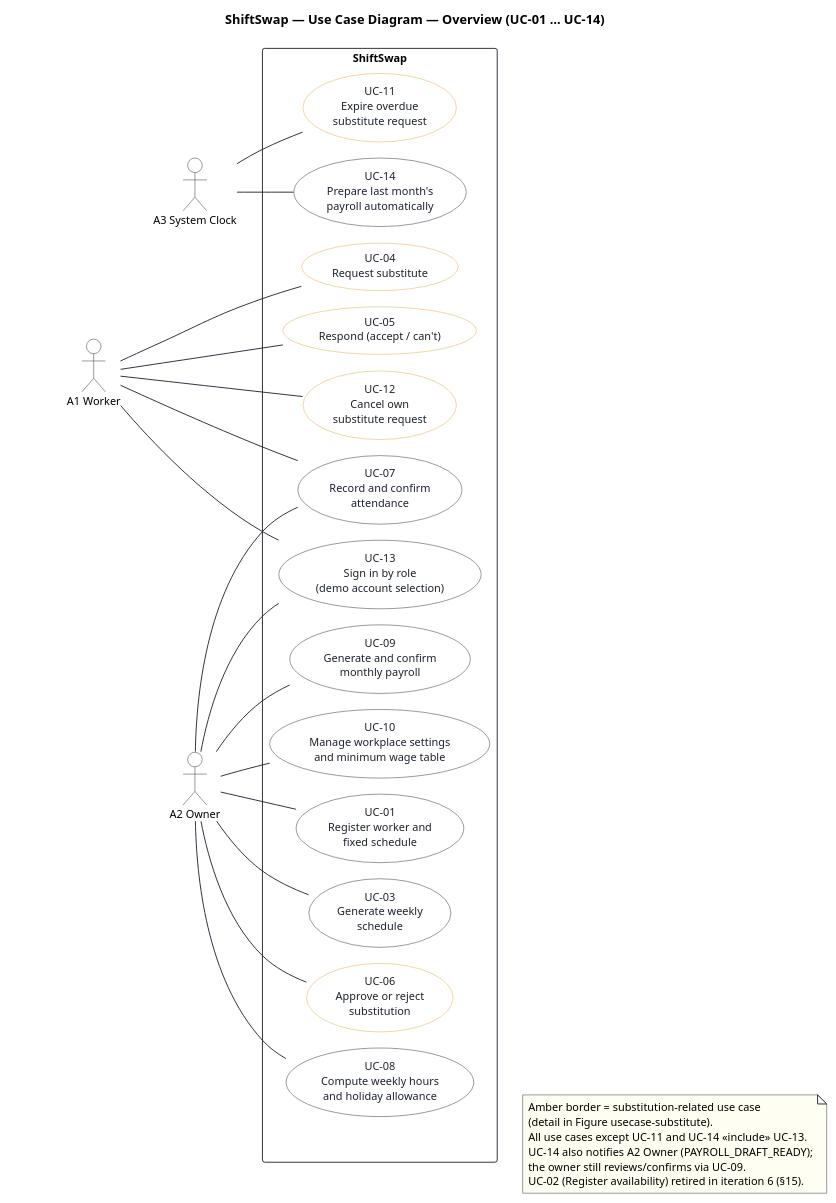
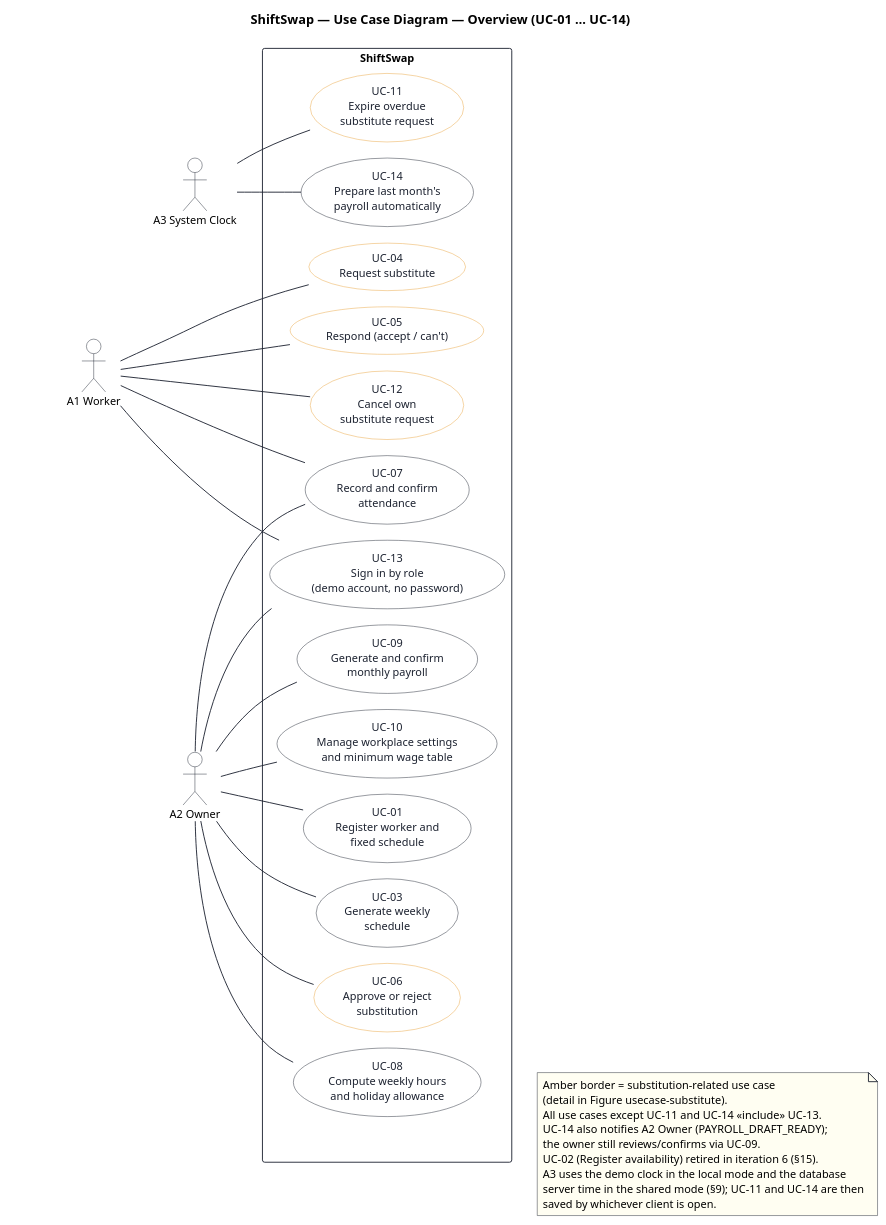
The diagram in uml/src/usecase.puml (keemlogan/shiftswap), drawn with PlantUML before and after one commit. The commit also changed 64 other files, not shown here.

First line of the commit message:
UML and screenshots for iteration 8; S10 check of the BR-15 warning

```diff
--- a/uml/src/usecase.puml
+++ b/uml/src/usecase.puml
@@ -1,101 +1,104 @@
 @startuml usecase
 !pragma layout smetana
 skinparam defaultFontName "Helvetica"
 skinparam defaultFontSize 12
 skinparam shadowing false
 skinparam backgroundColor #FFFFFF
 skinparam ArrowColor #1C2230
 hide stereotype
 skinparam usecase {
   BackgroundColor #FFFFFF
   BorderColor #1C2230
   FontColor #1C2230
 }
 skinparam usecase<<amber>> {
   BackgroundColor #FFFFFF
   BorderColor #E9A23B
   FontColor #1C2230
 }
 skinparam actor {
   BorderColor #1C2230
   BackgroundColor #FFFFFF
 }
 skinparam rectangle {
   BorderColor #1C2230
   BackgroundColor #FFFFFF
 }
 skinparam note {
   BackgroundColor #FFFEF2
   BorderColor #1C2230
 }
 
 left to right direction
 
 title ShiftSwap — Use Case Diagram — Overview (UC-01 … UC-14)
 
 ' spacer to keep smetana from clipping the topmost actor's head against the canvas edge
 actor " " as Spacer #FFFFFF;line:FFFFFF;text:FFFFFF
 
 actor "A1 Worker" as A1
 actor "A3 System Clock" as A3
 
 Spacer -[hidden]-> A1
 A1 -[hidden]-> A3
 
 rectangle "ShiftSwap" as Boundary {
   ' -- worker-side use cases (near A1) --
   usecase "UC-04\nRequest substitute" as UC04 <<amber>>
   usecase "UC-05\nRespond (accept / can't)" as UC05 <<amber>>
   usecase "UC-12\nCancel own\nsubstitute request" as UC12 <<amber>>
 
   ' -- shared use cases (both actors, drawn in the middle) --
   usecase "UC-07\nRecord and confirm\nattendance" as UC07
-  usecase "UC-13\nSign in by role\n(demo account selection)" as UC13
+  usecase "UC-13\nSign in by role\n(demo account, no password)" as UC13
 
   ' -- owner-side use cases (near A2) --
   usecase "UC-01\nRegister worker and\nfixed schedule" as UC01
   usecase "UC-03\nGenerate weekly\nschedule" as UC03
   usecase "UC-06\nApprove or reject\nsubstitution" as UC06 <<amber>>
   usecase "UC-08\nCompute weekly hours\nand holiday allowance" as UC08
   usecase "UC-09\nGenerate and confirm\nmonthly payroll" as UC09
   usecase "UC-10\nManage workplace settings\nand minimum wage table" as UC10
 
   ' -- system-clock-side use cases --
   usecase "UC-11\nExpire overdue\nsubstitute request" as UC11 <<amber>>
   usecase "UC-14\nPrepare last month's\npayroll automatically" as UC14
 }
 
 actor "A2 Owner" as A2
 UC10 -[hidden]-> A2
 
 ' ===== actor associations only (primary actor per spec §3 table) =====
 ' detail of UC-04's include/extend/UC-08 relationships: see usecase-substitute.puml
 A1 -- UC04
 A1 -- UC05
 A1 -- UC12
 A1 -- UC07
 A1 -- UC13
 
 A2 -- UC01
 A2 -- UC03
 A2 -- UC06
 A2 -- UC07
 A2 -- UC08
 A2 -- UC09
 A2 -- UC10
 A2 -- UC13
 
 A3 -- UC11
 A3 -- UC14
 
 note as N1
   Amber border = substitution-related use case
   (detail in Figure usecase-substitute).
   All use cases except UC-11 and UC-14 «include» UC-13.
   UC-14 also notifies A2 Owner (PAYROLL_DRAFT_READY);
   the owner still reviews/confirms via UC-09.
   UC-02 (Register availability) retired in iteration 6 (§15).
+  A3 uses the demo clock in the local mode and the database
+  server time in the shared mode (§9); UC-11 and UC-14 are then
+  saved by whichever client is open.
 end note
 
 Boundary -[hidden]d-> N1
 @enduml
```
